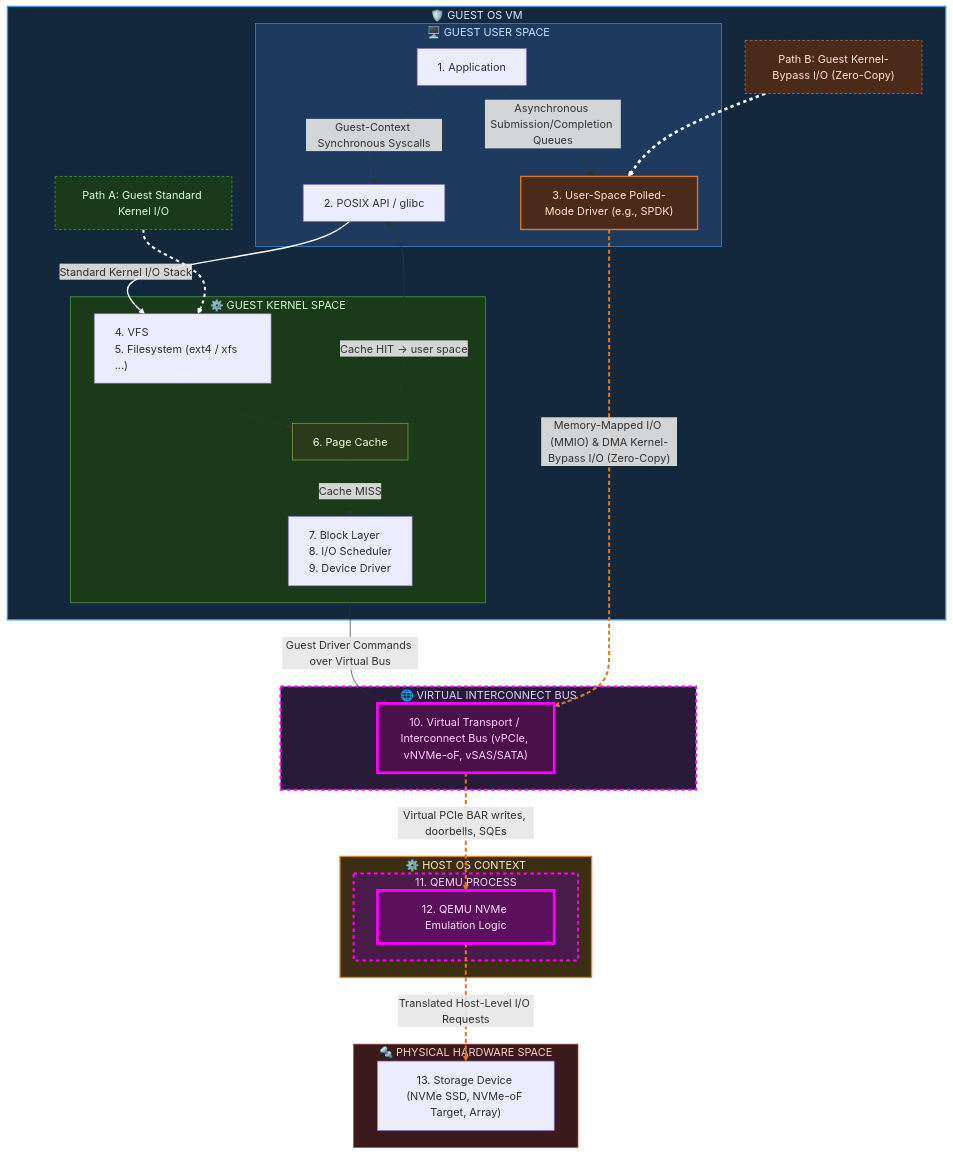
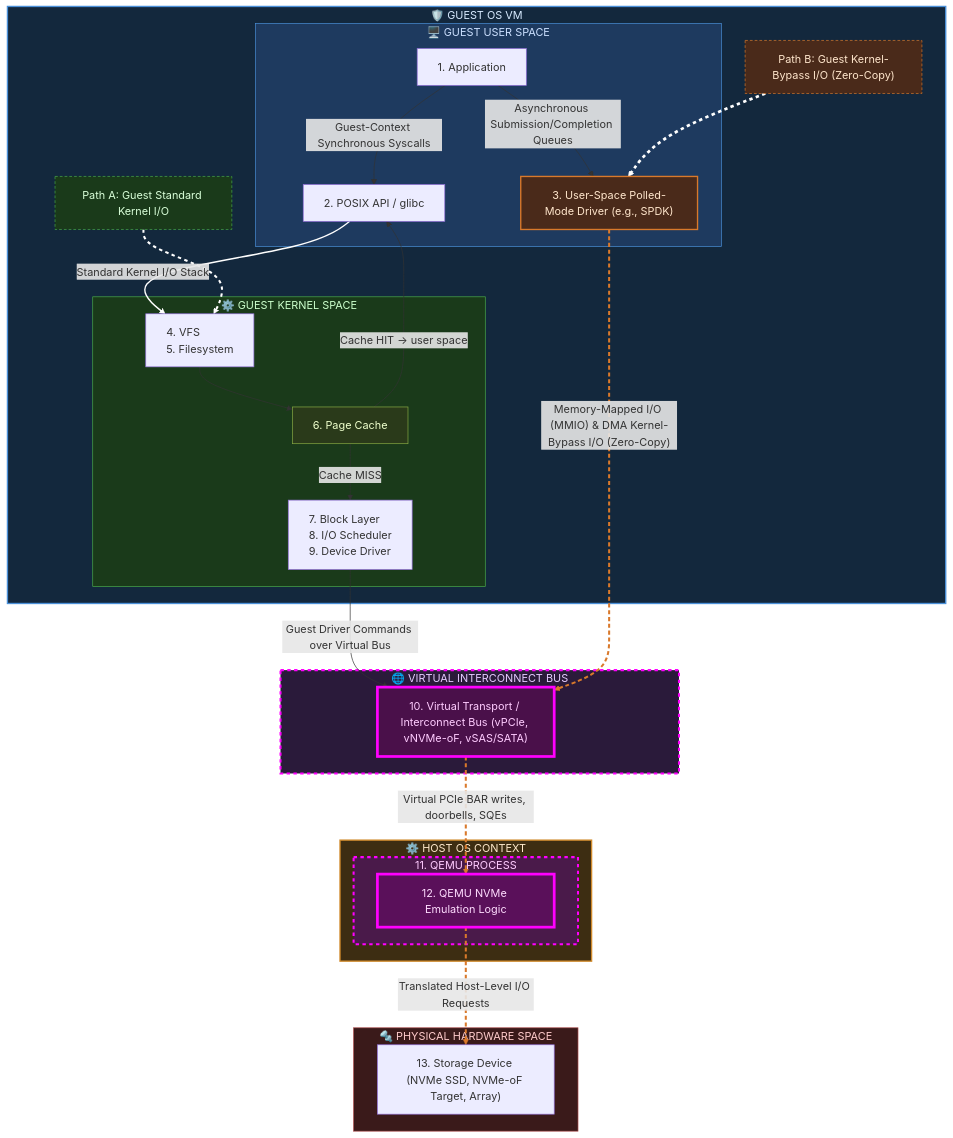
One commit to SiliconLanguage/dataplane-emu changed the diagram in docs/arch/qemu-nvme-storage-stack.md. Above: the diagram before and after it, drawn with Mermaid.

Commit message:
diagram label editing

````diff
--- a/docs/arch/qemu-nvme-storage-stack.md
+++ b/docs/arch/qemu-nvme-storage-stack.md
@@ -5,68 +5,68 @@
 ```mermaid
 flowchart TD
     subgraph GUEST["🛡️ GUEST OS VM"]
         subgraph USER["🖥️ GUEST USER SPACE"]
             A["1. Application"]
             B["2. POSIX API / glibc"]
             J["3. User-Space Polled-Mode Driver (e.g., SPDK)"]
         end
 
         subgraph KERNEL["⚙️ GUEST KERNEL SPACE"]
-            C["<div style='text-align: left;'>4. VFS<br/>5. Filesystem (ext4 / xfs ...)</div>"]
+            C["<div style='text-align: left;'>4. VFS<br/>5. Filesystem</div>"]
             E["6. Page Cache"]
             F["<div style='text-align: left;'>7. Block Layer<br/>8. I/O Scheduler<br/>9. Device Driver</div>"]
         end
 
         P1["Path A: Guest Standard Kernel I/O"]
         P2["Path B: Guest Kernel-Bypass I/O (Zero-Copy)"]
     end
 
     subgraph VIRTUAL_HW["🌐 VIRTUAL INTERCONNECT BUS"]
         T["10. Virtual Transport / Interconnect Bus (vPCIe, vNVMe-oF, vSAS/SATA)"]
     end
 
     subgraph HOST["⚙️ HOST OS CONTEXT"]
         subgraph QEMU["11. QEMU PROCESS"]
             QN["12. QEMU NVMe Emulation Logic"]
         end
     end
 
     subgraph PHYSICAL_HW["🔩 PHYSICAL HARDWARE SPACE"]
         I["13. Storage Device (NVMe SSD, NVMe-oF Target, Array)"]
     end
 
     A -->|"Guest-Context Synchronous Syscalls"| B
     B -->|"Standard Kernel I/O Stack"| C
     C --> E
     E -->|"Cache HIT → user space"| B
     E -->|"Cache MISS"| F
     F -->|"Guest Driver Commands over Virtual Bus"| T
 
     A -->|"Asynchronous Submission/Completion Queues"| J
     J -->|"Memory-Mapped I/O (MMIO) & DMA Kernel-Bypass I/O (Zero-Copy)"| T
     T -->|"Virtual PCIe BAR writes, doorbells, SQEs"| QN
     QN -->|"Translated Host-Level I/O Requests"| I
 
     P1 -.-> C
     P2 -.-> J
 
     style GUEST fill:#13283d,color:#d8ebff,stroke:#4a90d9,stroke-width:2px
     style USER fill:#1e3a5f,color:#cce0ff,stroke:#4a90d9
     style KERNEL fill:#1a3a1a,color:#ccffcc,stroke:#4aaa4a
     style HOST fill:#3d2d12,color:#ffe9cc,stroke:#d08a2b,stroke-width:2px
     style QEMU fill:#4a1a4a,color:#ffccff,stroke:#ff00ff,stroke-width:3px,stroke-dasharray: 5 5
     style QN fill:#5a105a,color:#ffddff,stroke:#ff00ff,stroke-width:4px
     style VIRTUAL_HW fill:#2a1a3a,color:#e6ccff,stroke:#ff00ff,stroke-width:3px,stroke-dasharray: 5 5
     style PHYSICAL_HW fill:#3a1a1a,color:#ffcccc,stroke:#aa4a4a
     style E fill:#2a3a1a,color:#eeffcc,stroke:#88aa44
     style J fill:#4a2a1a,color:#ffe6cc,stroke:#d9792b,stroke-width:2px
     style T fill:#4a104a,color:#ffccff,stroke:#ff00ff,stroke-width:4px
     style P1 fill:#1a3a1a,color:#d9ffd9,stroke:#4aaa4a,stroke-dasharray: 4 3
     style P2 fill:#4a2a1a,color:#ffe6cc,stroke:#d9792b,stroke-dasharray: 4 3
     linkStyle 1 stroke:#ffffff,stroke-width:2px
     linkStyle 7 stroke:#d9792b,stroke-width:3px,stroke-dasharray: 6 4
     linkStyle 8 stroke:#d9792b,stroke-width:3px,stroke-dasharray: 6 4
     linkStyle 9 stroke:#d9792b,stroke-width:3px,stroke-dasharray: 6 4
     linkStyle 10 stroke:#ffffff,stroke-width:3px,stroke-dasharray: 5 5
     linkStyle 11 stroke:#ffffff,stroke-width:4px,stroke-dasharray: 5 5
 ```
````
